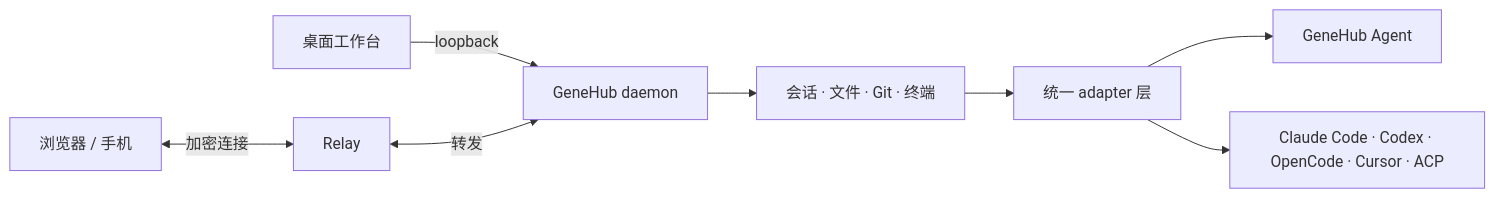
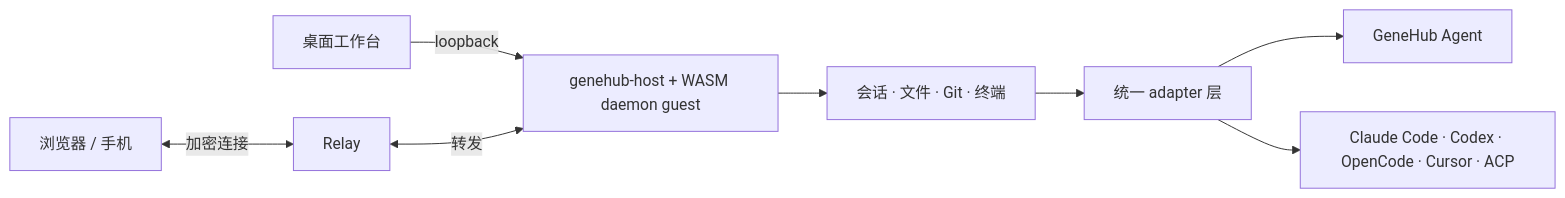
One commit to aikenc/genethub changed the diagram in README.md. Above: the diagram before and after it, drawn with Mermaid. The commit also changed other lines of this file and 8 other files, not shown here.

Commit message:
docs: align architecture with wasm delivery vision

````diff
--- a/README.md
+++ b/README.md
@@ -97,10 +99,10 @@
 ```mermaid
 flowchart LR
-    desktop[桌面工作台] -->|loopback| daemon[GeneHub daemon]
+    desktop[桌面工作台] -->|loopback| daemon[genehub-host + WASM daemon guest]
     remote[浏览器 / 手机] <-->|加密连接| relay[Relay]
     relay <-->|转发| daemon
     daemon --> kernel[会话 · 文件 · Git · 终端]
     kernel --> adapters[统一 adapter 层]
     adapters --> builtin[GeneHub Agent]
     adapters --> external[Claude Code · Codex · OpenCode · Cursor · ACP]
 ```
````
